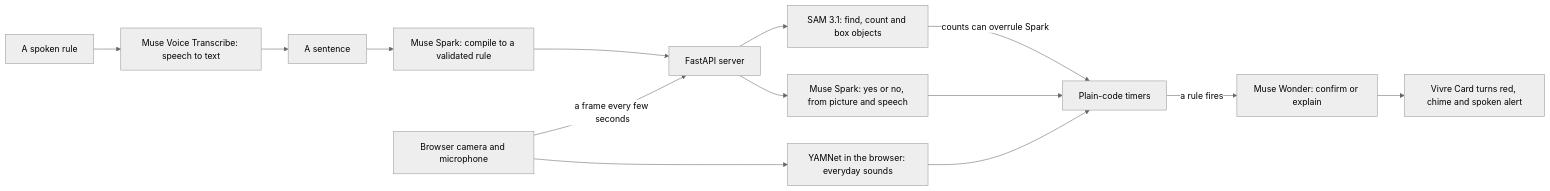
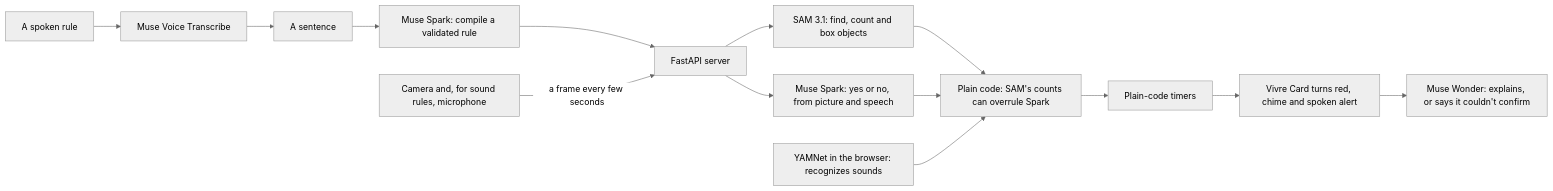
Before and after one commit to DeathSubtracter/vivre: the diagram in README.md, drawn with Mermaid (neutral theme). The commit also changed other lines of this file and 2 other files, not shown here.

````diff
--- a/README.md
+++ b/README.md
@@ -27,16 +23,16 @@
 ```mermaid
 flowchart LR
-  V[A spoken rule] --> H[Muse Voice Transcribe: speech to text]
+  V[A spoken rule] --> H[Muse Voice Transcribe]
   H --> R[A sentence]
-  R --> C[Muse Spark: compile to a validated rule]
+  R --> C[Muse Spark: compile a validated rule]
   C --> S[FastAPI server]
-  B[Browser camera and microphone] -->|a frame every few seconds| S
-  B --> Y[YAMNet in the browser: everyday sounds]
+  B[Camera and, for sound rules, microphone] -->|a frame every few seconds| S
   S --> M[SAM 3.1: find, count and box objects]
   S --> J[Muse Spark: yes or no, from picture and speech]
-  M -->|counts can overrule Spark| T[Plain-code timers]
-  J --> T
-  Y --> T
-  T -->|a rule fires| W[Muse Wonder: confirm or explain]
-  W --> A[Vivre Card turns red, chime and spoken alert]
+  M --> G[Plain code: SAM's counts can overrule Spark]
+  J --> G
+  Y[YAMNet in the browser: recognizes sounds] --> G
+  G --> T[Plain-code timers]
+  T --> A[Vivre Card turns red, chime and spoken alert]
+  A --> W[Muse Wonder: explains, or says it couldn't confirm]
 ```
````
